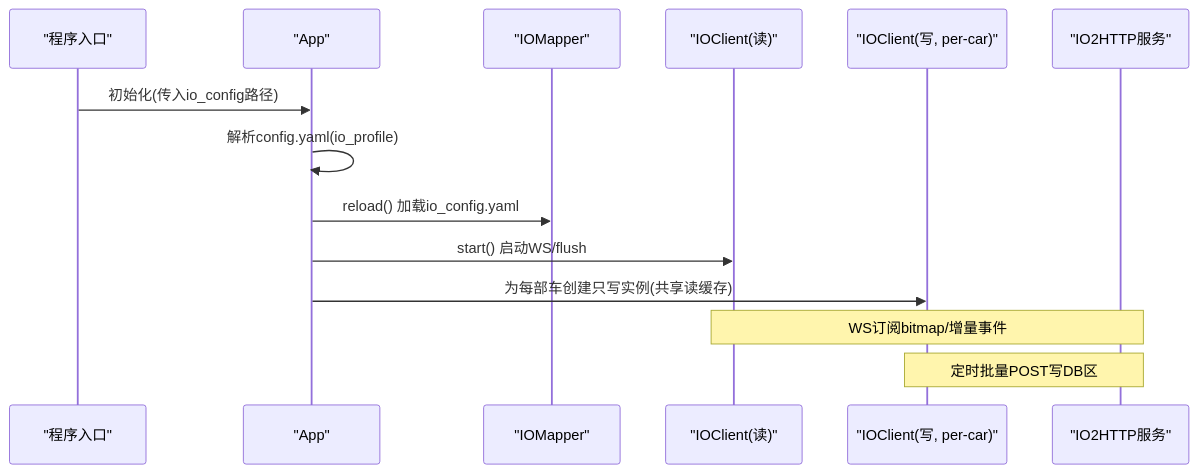
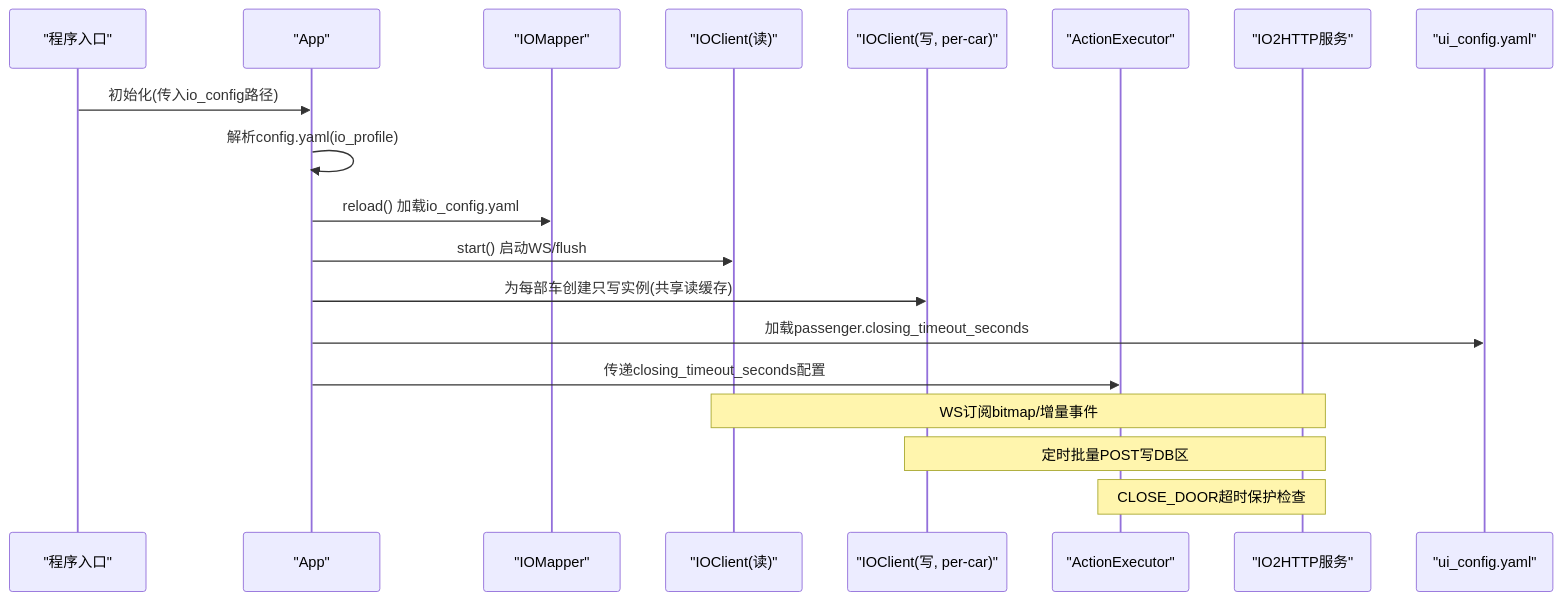
One commit to xmb505/Haku_EET changed the second of 7 diagrams in .qoder/repowiki/zh/content/接口契约/IO配置文件管理.md. Above: the diagram before and after it, drawn with Mermaid. The commit also changed other lines of this file and 27 other files, not shown here.

````diff
--- a/.qoder/repowiki/zh/content/接口契约/IO配置文件管理.md
+++ b/.qoder/repowiki/zh/content/接口契约/IO配置文件管理.md
@@ -80,16 +106,21 @@
 ```mermaid
 sequenceDiagram
 participant Main as "程序入口"
 participant App as "App"
 participant Mapper as "IOMapper"
 participant ClientR as "IOClient(读)"
 participant ClientW as "IOClient(写, per-car)"
+participant Executor as "ActionExecutor"
 participant PLC as "IO2HTTP服务"
+participant UICfg as "ui_config.yaml"
 Main->>App : 初始化(传入io_config路径)
 App->>App : 解析config.yaml(io_profile)
 App->>Mapper : reload() 加载io_config.yaml
 App->>ClientR : start() 启动WS/flush
 App->>ClientW : 为每部车创建只写实例(共享读缓存)
+App->>UICfg : 加载passenger.closing_timeout_seconds
+App->>Executor : 传递closing_timeout_seconds配置
 Note over ClientR,PLC : WS订阅bitmap/增量事件
 Note over ClientW,PLC : 定时批量POST写DB区
+Note over Executor,PLC : CLOSE_DOOR超时保护检查
 ```
````
